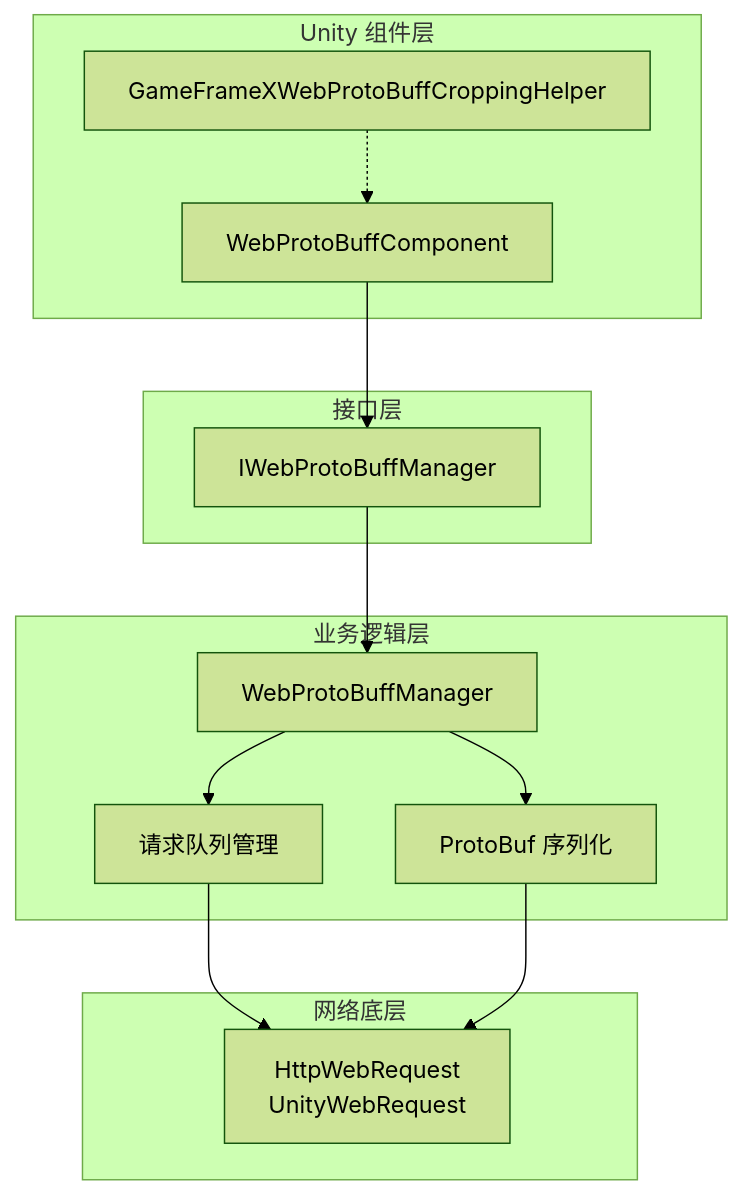
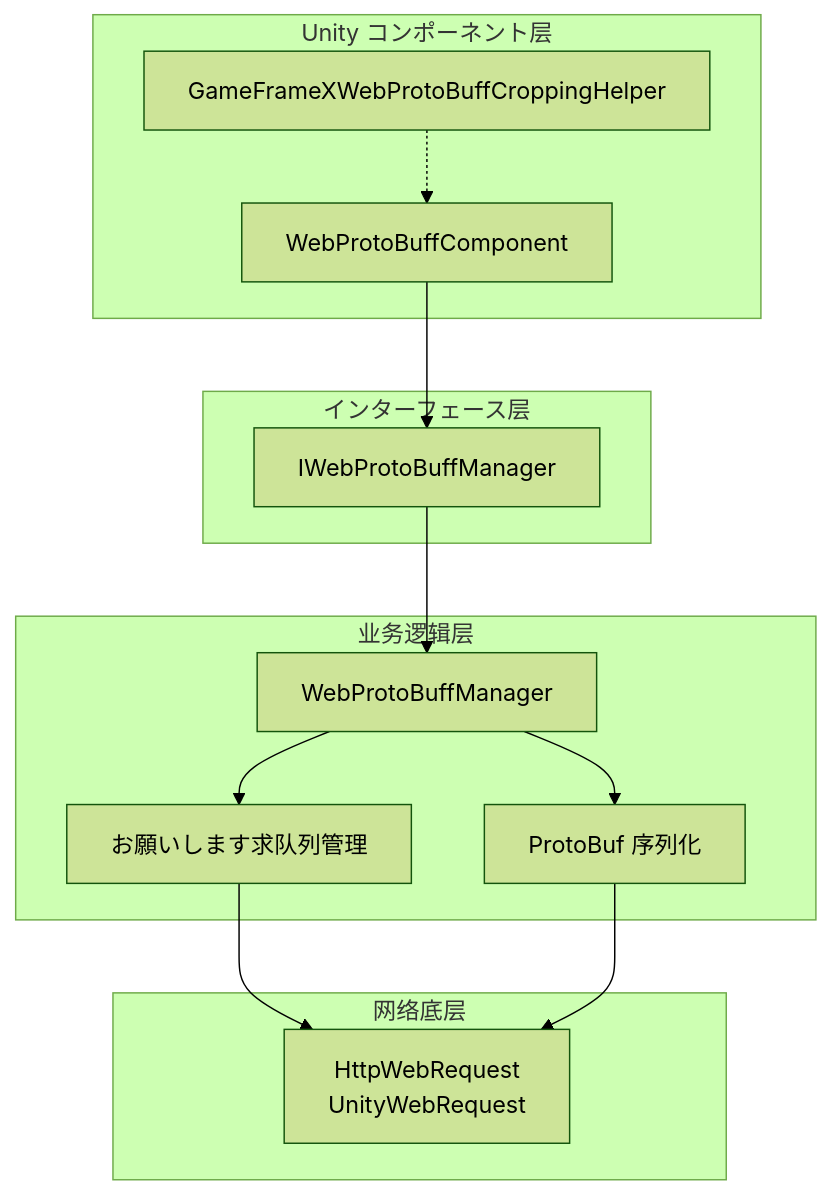
Before and after one commit to AlianBlank/GameFrameX.Docs: the first of 5 diagrams in docs/ja/client/unity/component/web-protobuff/06.architecture.md, drawn with Mermaid (forest theme). The commit also changed other lines of this file and 603 other files, not shown here.

````diff
--- a/docs/ja/client/unity/component/web-protobuff/06.architecture.md
+++ b/docs/ja/client/unity/component/web-protobuff/06.architecture.md
@@ -21,29 +21,29 @@
 ```mermaid
 flowchart TD
-    subgraph UnityLayer["Unity 组件层"]
+    subgraph UnityLayer["Unity コンポーネント层"]
         Comp["WebProtoBuffComponent"]
         Helper["GameFrameXWebProtoBuffCroppingHelper"]
     end
 
-    subgraph InterfaceLayer["接口层"]
+    subgraph InterfaceLayer["インターフェース层"]
         Interface["IWebProtoBuffManager"]
     end
 
     subgraph BusinessLayer["业务逻辑层"]
         Manager["WebProtoBuffManager"]
-        Queue["请求队列管理"]
+        Queue["お願いします求队列管理"]
         Serialize["ProtoBuf 序列化"]
     end
 
     subgraph NetworkLayer["网络底层"]
         HTTP["HttpWebRequest<br/>UnityWebRequest"]
     end
 
     Comp --> Interface
     Interface --> Manager
     Manager --> Queue
     Manager --> Serialize
     Queue --> HTTP
     Serialize --> HTTP
     Helper -.-> Comp
 ```
````
